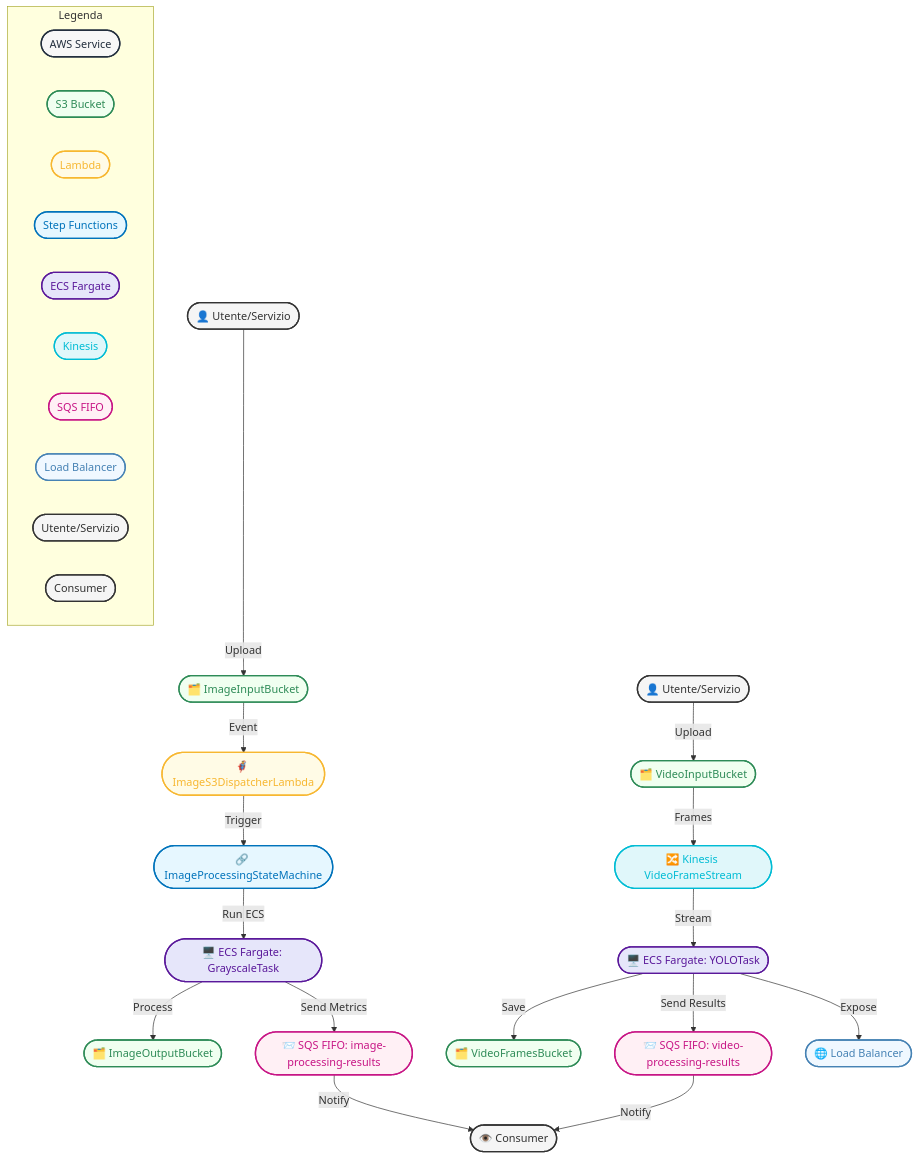
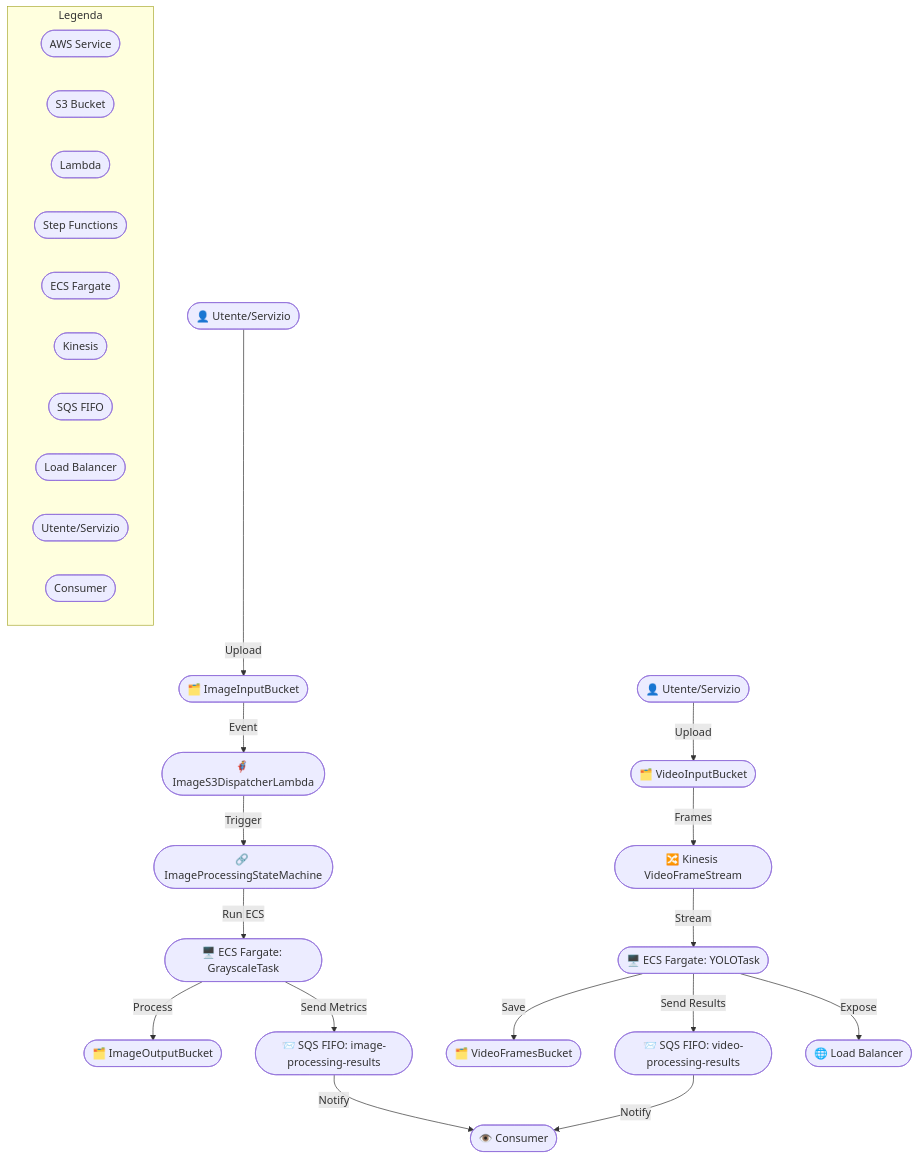
The first of 3 diagrams in hybrid_pipeline/README.md (PedemonteGiacomo/cv2kinesis), drawn with Mermaid before and after one commit.

Commit message:
Remove legend definitions from the general diagram in README for clarity

````diff
--- a/hybrid_pipeline/README.md
+++ b/hybrid_pipeline/README.md
@@ -13,65 +13,54 @@
 ```mermaid
 flowchart TD
-    %% Legenda
-    classDef aws fill:#f7f7f7,stroke:#232f3e,stroke-width:2px,color:#232f3e;
-    classDef s3 fill:#f0fff0,stroke:#2e8b57,stroke-width:2px,color:#2e8b57;
-    classDef lambda fill:#fffbe6,stroke:#f7b731,stroke-width:2px,color:#f7b731;
-    classDef stepfn fill:#e6f7ff,stroke:#0073bb,stroke-width:2px,color:#0073bb;
-    classDef ecs fill:#e6e6fa,stroke:#5a189a,stroke-width:2px,color:#5a189a;
-    classDef kinesis fill:#e0f7fa,stroke:#00bcd4,stroke-width:2px,color:#00bcd4;
-    classDef sqs fill:#fff0f5,stroke:#c71585,stroke-width:2px,color:#c71585;
-    classDef lb fill:#f0f8ff,stroke:#4682b4,stroke-width:2px,color:#4682b4;
-    classDef user fill:#f5f5f5,stroke:#333,stroke-width:2px,color:#333;
-    classDef consumer fill:#f5f5f5,stroke:#333,stroke-width:2px,color:#333;
 
     %% Image Pipeline
     User1([👤 Utente/Servizio]):::user
     S3Input([🗂️ ImageInputBucket]):::s3
     LambdaDispatcher([🦸‍♂️ ImageS3DispatcherLambda]):::lambda
     StepFunc([🔗 ImageProcessingStateMachine]):::stepfn
     ECSGray([🖥️ ECS Fargate: GrayscaleTask]):::ecs
     S3Output([🗂️ ImageOutputBucket]):::s3
     SQSImage([📨 SQS FIFO: image-processing-results]):::sqs
 
     User1 --Upload--> S3Input
     S3Input --Event--> LambdaDispatcher
     LambdaDispatcher --Trigger--> StepFunc
     StepFunc --Run ECS--> ECSGray
     ECSGray --Process--> S3Output
     ECSGray --Send Metrics--> SQSImage
 
     %% Video Pipeline
     User2([👤 Utente/Servizio]):::user
     S3VideoInput([🗂️ VideoInputBucket]):::s3
     Kinesis([🔀 Kinesis VideoFrameStream]):::kinesis
     ECSYolo([🖥️ ECS Fargate: YOLOTask]):::ecs
     S3Frames([🗂️ VideoFramesBucket]):::s3
     SQSVideo([📨 SQS FIFO: video-processing-results]):::sqs
     LB([🌐 Load Balancer]):::lb
 
     User2 --Upload--> S3VideoInput
     S3VideoInput --Frames--> Kinesis
     Kinesis --Stream--> ECSYolo
     ECSYolo --Save--> S3Frames
     ECSYolo --Send Results--> SQSVideo
     ECSYolo --Expose--> LB
 
     %% Consumer
     Consumer([👁️ Consumer]):::consumer
     SQSImage --Notify--> Consumer
     SQSVideo --Notify--> Consumer
 
     %% Legenda
     subgraph Legenda
         aws1([AWS Service]):::aws
         s31([S3 Bucket]):::s3
         lambda1([Lambda]):::lambda
         stepfn1([Step Functions]):::stepfn
         ecs1([ECS Fargate]):::ecs
         kinesis1([Kinesis]):::kinesis
         sqs1([SQS FIFO]):::sqs
         lb1([Load Balancer]):::lb
         user1([Utente/Servizio]):::user
         consumer1([Consumer]):::consumer
     end
 ```
````
